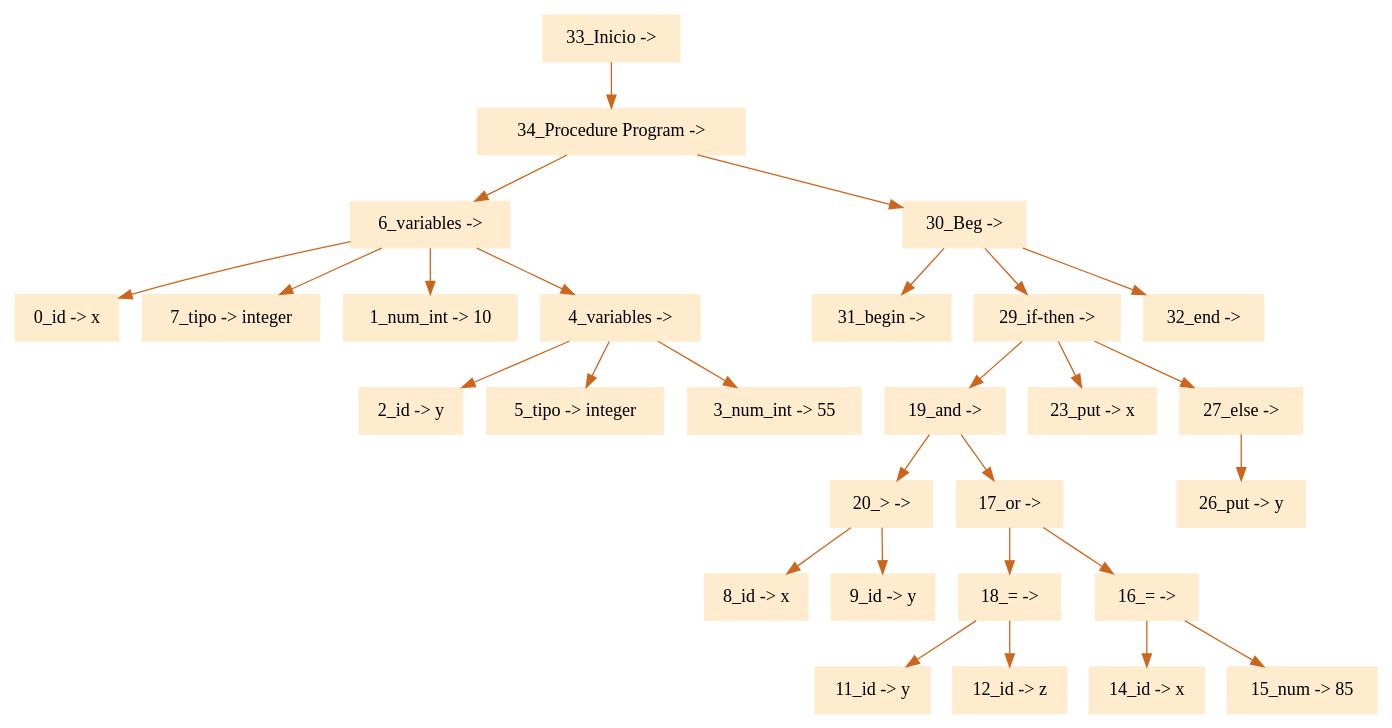
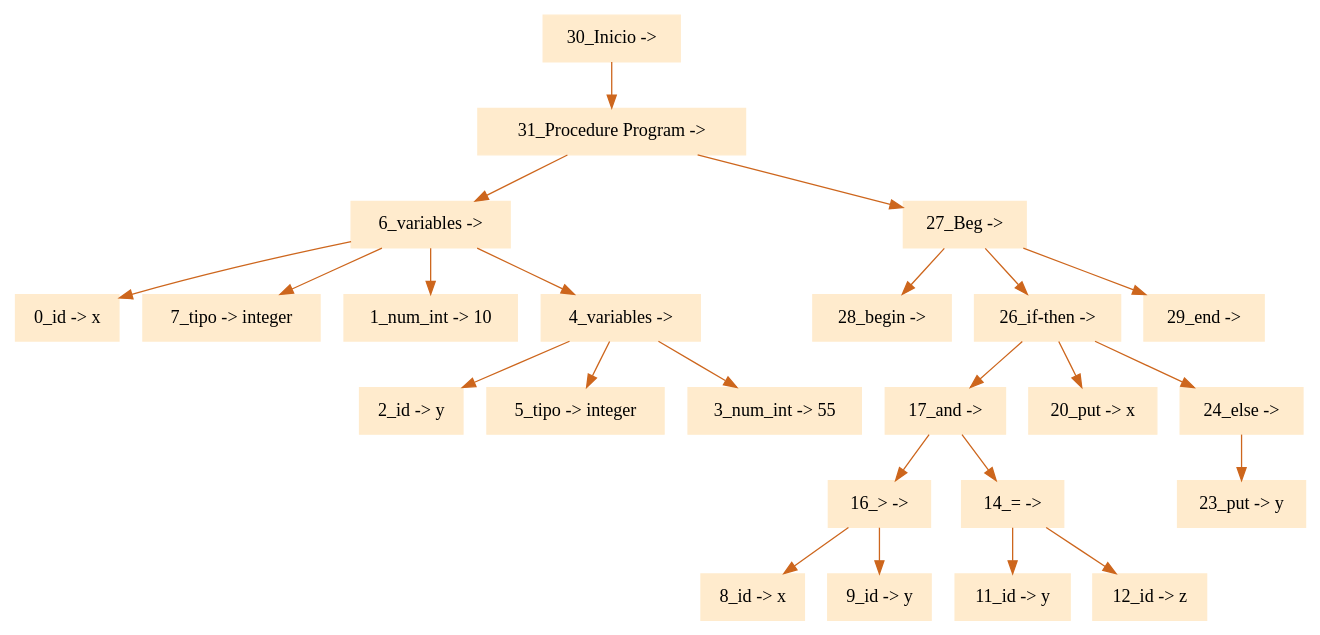
One commit to eliasgz97/Proyecto_Compiladores changed the diagram in ProyectoCompiladores/arbol.dot. Above: the diagram before and after it, drawn with Graphviz. The commit also changed 11 other files, not shown here.

```diff
--- a/ProyectoCompiladores/arbol.dot
+++ b/ProyectoCompiladores/arbol.dot
@@ -1,32 +1,28 @@
 digraph G {node[shape=box, style=filled, color=blanchedalmond]; edge[color=chocolate3];rankdir=UD 
 
-"33_Inicio -> "->"34_Procedure Program -> "
-"34_Procedure Program -> "->"6_variables -> "
+"30_Inicio -> "->"31_Procedure Program -> "
+"31_Procedure Program -> "->"6_variables -> "
 "6_variables -> "->"0_id -> x"
 "6_variables -> "->"7_tipo -> integer"
 "6_variables -> "->"1_num_int -> 10"
 "6_variables -> "->"4_variables -> "
 "4_variables -> "->"2_id -> y"
 "4_variables -> "->"5_tipo -> integer"
 "4_variables -> "->"3_num_int -> 55"
-"34_Procedure Program -> "->"30_Beg -> "
-"30_Beg -> "->"31_begin -> "
-"30_Beg -> "->"29_if-then -> "
-"29_if-then -> "->"19_and -> "
-"19_and -> "->"20_> -> "
-"20_> -> "->"8_id -> x"
-"20_> -> "->"9_id -> y"
-"19_and -> "->"17_or -> "
-"17_or -> "->"18_= -> "
-"18_= -> "->"11_id -> y"
-"18_= -> "->"12_id -> z"
-"17_or -> "->"16_= -> "
-"16_= -> "->"14_id -> x"
-"16_= -> "->"15_num -> 85"
-"29_if-then -> "->"23_put -> x"
-"29_if-then -> "->"27_else -> "
-"27_else -> "->"26_put -> y"
-"30_Beg -> "->"32_end -> "
+"31_Procedure Program -> "->"27_Beg -> "
+"27_Beg -> "->"28_begin -> "
+"27_Beg -> "->"26_if-then -> "
+"26_if-then -> "->"17_and -> "
+"17_and -> "->"16_> -> "
+"16_> -> "->"8_id -> x"
+"16_> -> "->"9_id -> y"
+"17_and -> "->"14_= -> "
+"14_= -> "->"11_id -> y"
+"14_= -> "->"12_id -> z"
+"26_if-then -> "->"20_put -> x"
+"26_if-then -> "->"24_else -> "
+"24_else -> "->"23_put -> y"
+"27_Beg -> "->"29_end -> "
 
 
 }
```
